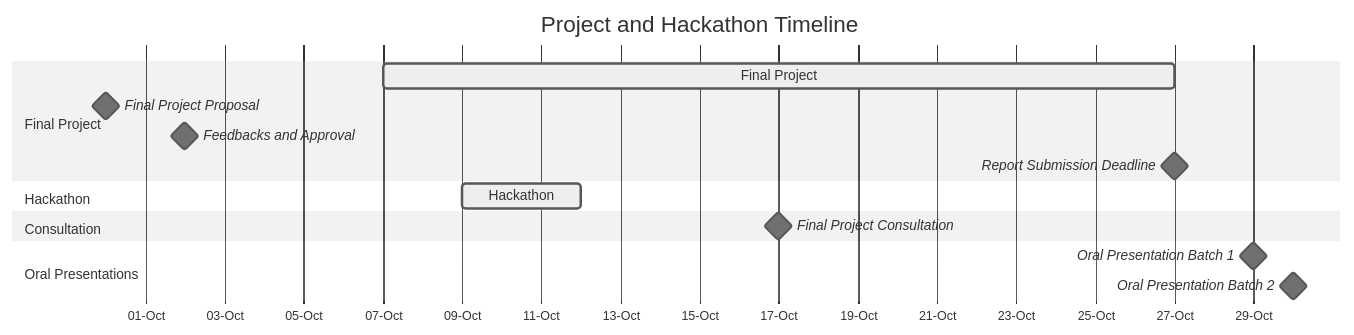
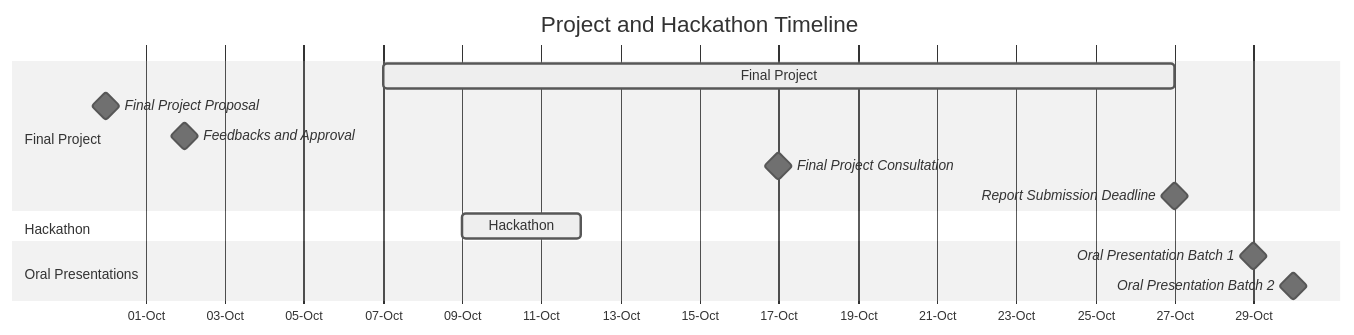
One commit to aicell-lab/ddls-course changed the diagram in content/course/ddls-2024/final-project/_index.md. Above: the diagram before and after it, drawn with Mermaid (neutral theme).

Commit message:
Simplify gant chart

````diff
--- a/content/course/ddls-2024/final-project/_index.md
+++ b/content/course/ddls-2024/final-project/_index.md
@@ -54,22 +54,20 @@
 ```mermaid
 gantt
     title Project and Hackathon Timeline
     dateFormat  YYYY-MM-DD
     axisFormat  %d-%b
 
     section Final Project
     Final Project                : active, proj, 2024-10-07, 20d
     Final Project Proposal       : milestone, m0, 2024-09-30, 23:59
     Feedbacks and Approval       : milestone, m1, 2024-10-02, 13:00
+    Final Project Consultation   : milestone, consult, 2024-10-17, 08:00-11:00
     Report Submission Deadline   : milestone, m2, 2024-10-27, 23:59
 
     section Hackathon
     Hackathon                    : active, hackathon, 2024-10-09, 3d
 
-    section Consultation
-    Final Project Consultation   : milestone, consult, 2024-10-17, 08:00-11:00
-
     section Oral Presentations
     Oral Presentation Batch 1    : milestone, presentation1, 2024-10-29, 08:00-10:00
     Oral Presentation Batch 2    : milestone, presentation2, 2024-10-30, 08:00-10:00
 ```
````
